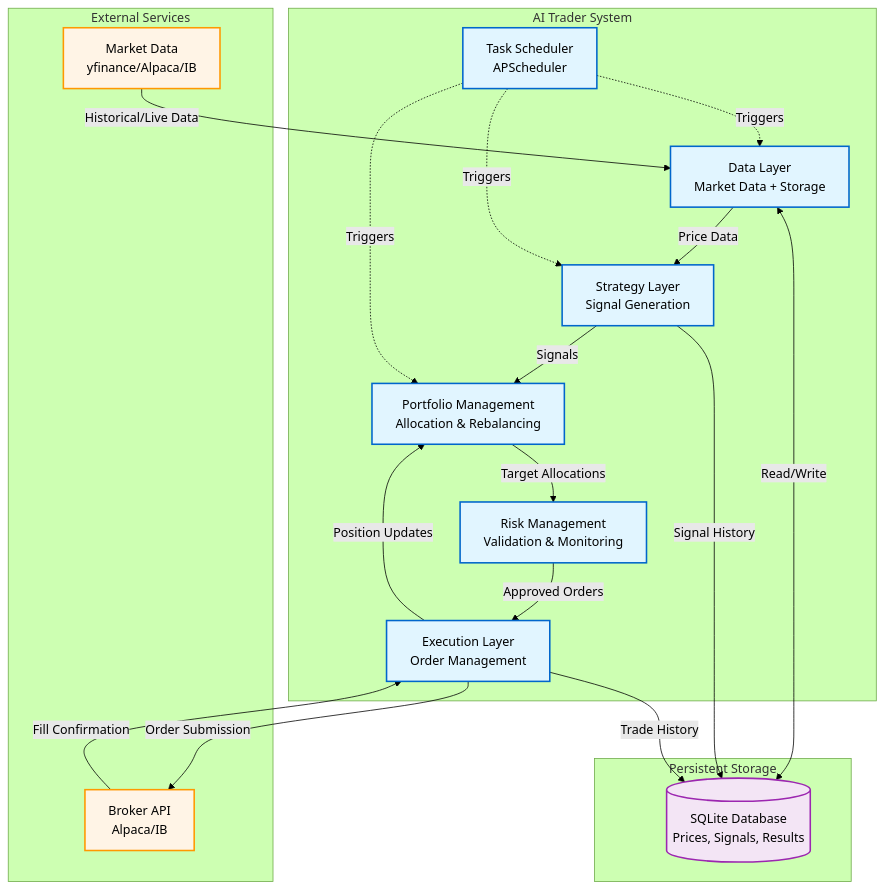
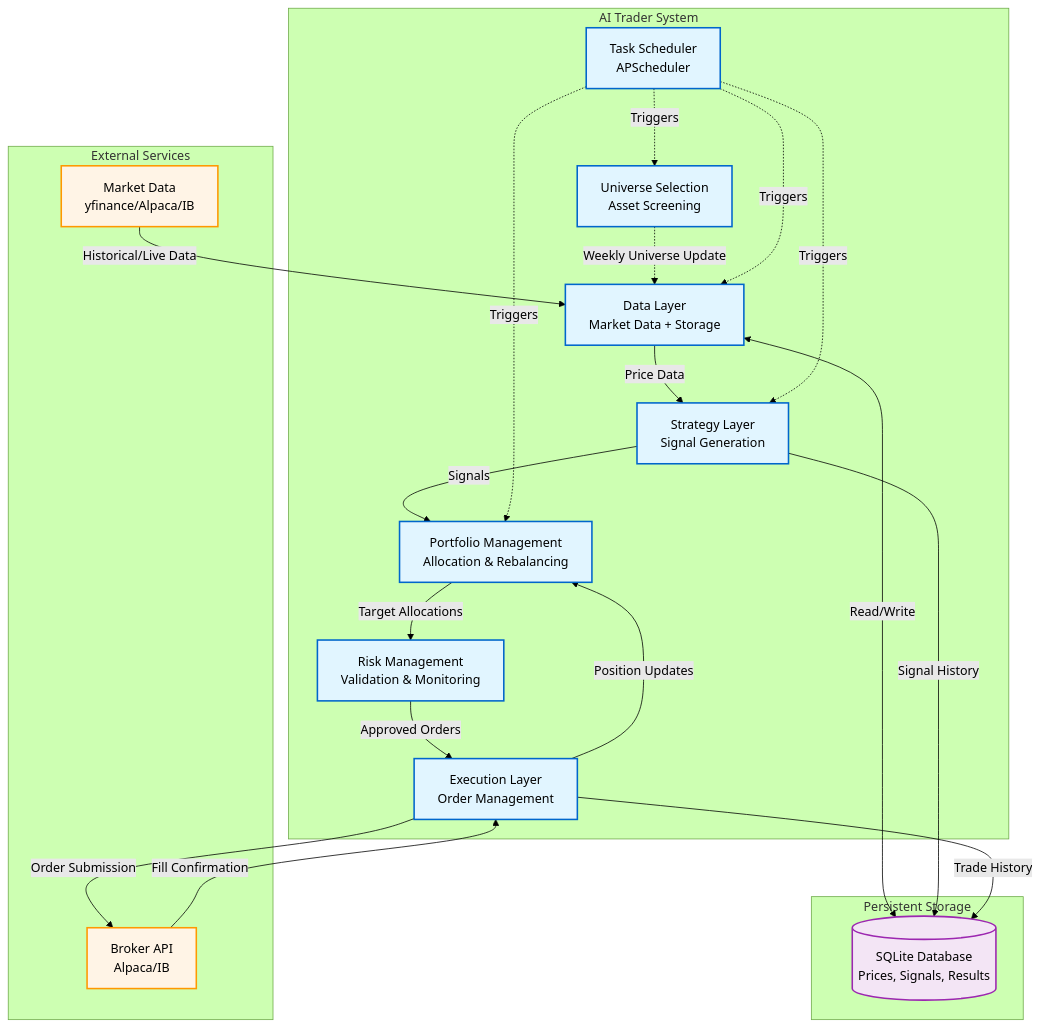
One commit to mamin506/ai-trader changed the first of 5 diagrams in agent/architecture-overview.md. Above: the diagram before and after it, drawn with Mermaid (forest theme). The commit also changed other lines of this file and 5 other files, not shown here.

First line of the commit message:
docs: add Universe Selection layer to architecture

````diff
--- a/agent/architecture-overview.md
+++ b/agent/architecture-overview.md
@@ -9,43 +9,46 @@
 ```mermaid
 graph TB
     subgraph External["External Services"]
         Market[Market Data<br/>yfinance/Alpaca/IB]
         Broker[Broker API<br/>Alpaca/IB]
     end
 
     subgraph Core["AI Trader System"]
+        Universe[Universe Selection<br/>Asset Screening]
         Data[Data Layer<br/>Market Data + Storage]
         Strategy[Strategy Layer<br/>Signal Generation]
         Portfolio[Portfolio Management<br/>Allocation & Rebalancing]
         Risk[Risk Management<br/>Validation & Monitoring]
         Execution[Execution Layer<br/>Order Management]
         Scheduler[Task Scheduler<br/>APScheduler]
     end
 
     subgraph Storage["Persistent Storage"]
         DB[(SQLite Database<br/>Prices, Signals, Results)]
     end
 
+    Universe -.->|Weekly Universe Update| Data
     Market -->|Historical/Live Data| Data
     Data -->|Price Data| Strategy
     Data <-->|Read/Write| DB
     Strategy -->|Signals| Portfolio
     Strategy -->|Signal History| DB
     Portfolio -->|Target Allocations| Risk
     Risk -->|Approved Orders| Execution
     Execution -->|Order Submission| Broker
     Broker -->|Fill Confirmation| Execution
     Execution -->|Position Updates| Portfolio
     Execution -->|Trade History| DB
+    Scheduler -.->|Triggers| Universe
     Scheduler -.->|Triggers| Data
     Scheduler -.->|Triggers| Strategy
     Scheduler -.->|Triggers| Portfolio
 
     classDef layerStyle fill:#e1f5ff,stroke:#0066cc,stroke-width:2px
     classDef externalStyle fill:#fff4e6,stroke:#ff9800,stroke-width:2px
     classDef storageStyle fill:#f3e5f5,stroke:#9c27b0,stroke-width:2px
 
-    class Data,Strategy,Portfolio,Risk,Execution,Scheduler layerStyle
+    class Universe,Data,Strategy,Portfolio,Risk,Execution,Scheduler layerStyle
     class Market,Broker externalStyle
     class DB storageStyle
 ```
````
